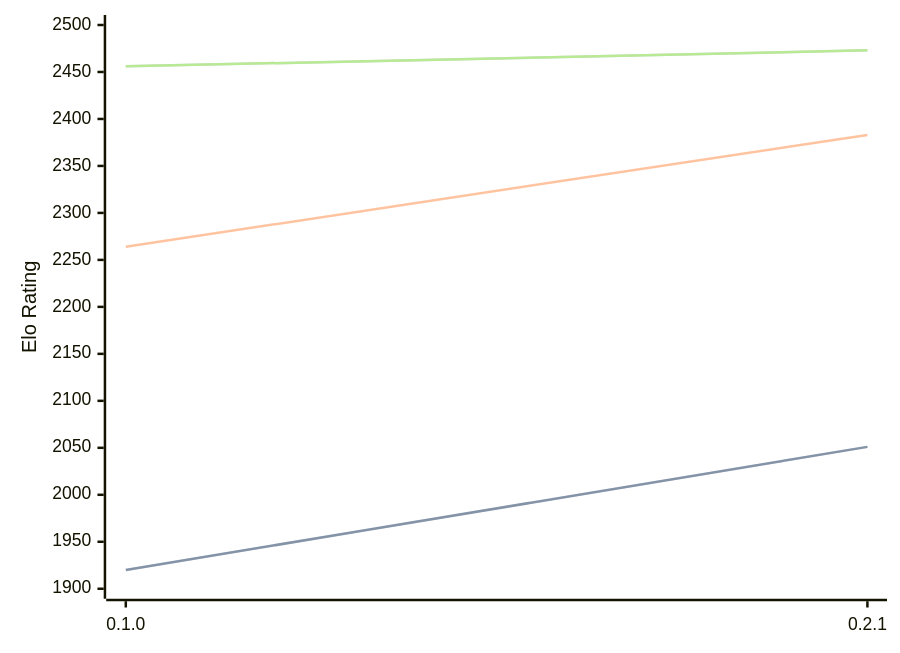
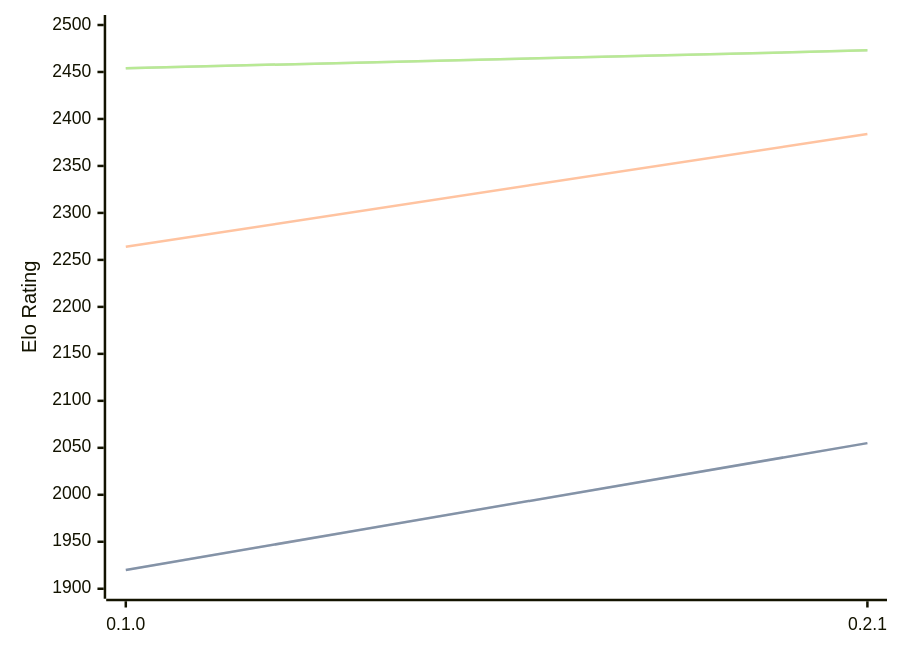
Before and after one commit to computer-chess-index/cci: the diagram in engines/Sykora.md, drawn with Mermaid. The commit also changed other lines of this file, not shown here.

Commit message:
Update CCI Ratings (ELO VLTC) - 2026-04-28

````diff
--- a/engines/Sykora.md
+++ b/engines/Sykora.md
@@ -33,11 +33,11 @@
 ```mermaid
 %%{init: {"theme":"base","themeVariables":{"seriesColors:['#a3a3a3','#222221','#faa371']}}}%%
 xychart-beta
   x-axis ["0.1.0", "0.2.1"]
   y-axis "Elo Rating" 1900 --> 2500
-  line "STC (8.0+0.08s)" [1920, 2051]
-  line "STC (8.0+0.08s)" [1920, 2051]
-  line "LTC (60.0+0.60s)" [2264, 2383]
-  line "VLTC (2m24s+1.12s)" [2456, 2473]
-  line "VLTC (2m24s+1.12s)" [2456, 2473]
+  line "STC (8.0+0.08s)" [1920, 2055]
+  line "STC (8.0+0.08s)" [1920, 2055]
+  line "LTC (60.0+0.60s)" [2264, 2384]
+  line "VLTC (2m24s+1.12s)" [2454, 2473]
+  line "VLTC (2m24s+1.12s)" [2454, 2473]
 ```
````
